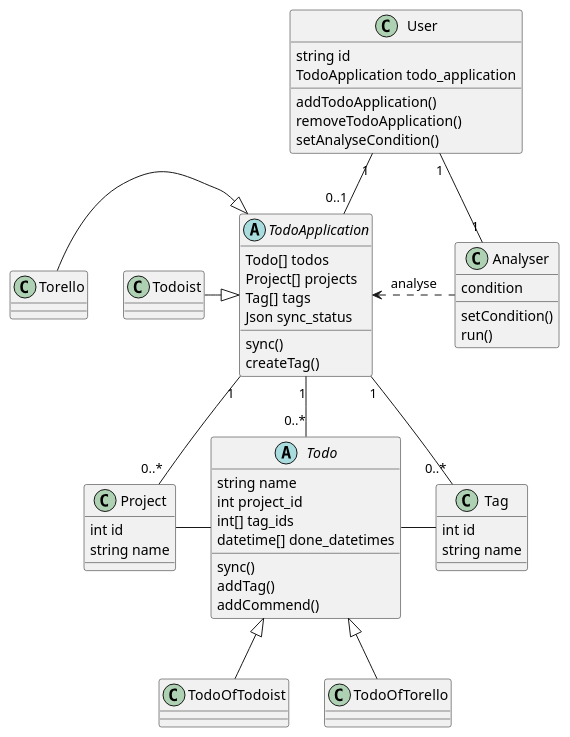
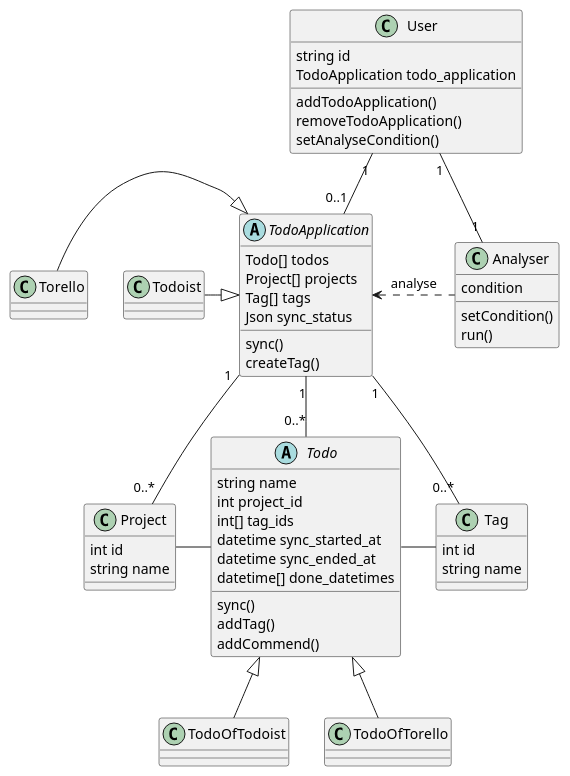
One commit to to-maru/tododog changed the diagram in design/classes.puml. Above: the diagram before and after it, drawn with PlantUML. The commit also changed 1 other file, not shown here.

```diff
--- a/design/classes.puml
+++ b/design/classes.puml
@@ -1,65 +1,67 @@
 @startuml
 'https://plantuml.com/class-diagram
 
 
 class User {
 string id
 TodoApplication todo_application
 addTodoApplication()
 removeTodoApplication()
 setAnalyseCondition()
 }
 
 abstract class TodoApplication {
 Todo[] todos
 Project[] projects
 Tag[] tags
 Json sync_status
 sync()
 createTag()
 }
 
 abstract class Todo {
 string name
 int project_id
 int[] tag_ids
+datetime sync_started_at
+datetime sync_ended_at
 datetime[] done_datetimes
 sync()
 addTag()
 addCommend()
 }
 
 class Analyser {
 condition
 setCondition()
 run()
 }
 
 class Project {
 int id
 string name
 }
 
 class Tag {
 int id
 string name
 }
 
 Analyser .left> TodoApplication : analyse
 
 User "1"--"0..1" TodoApplication
 User "1"--"1" Analyser
 
 TodoApplication "1"--"0..*" Todo
 TodoApplication "1"--"0..*" Project
 TodoApplication "1"--"0..*" Tag
 Todo -left Project
 Todo -right Tag
 
 TodoApplication <|-left Todoist
 TodoApplication <|-left Torello
 
 Todo <|-- TodoOfTodoist
 Todo <|-- TodoOfTorello
 
 @enduml
```
